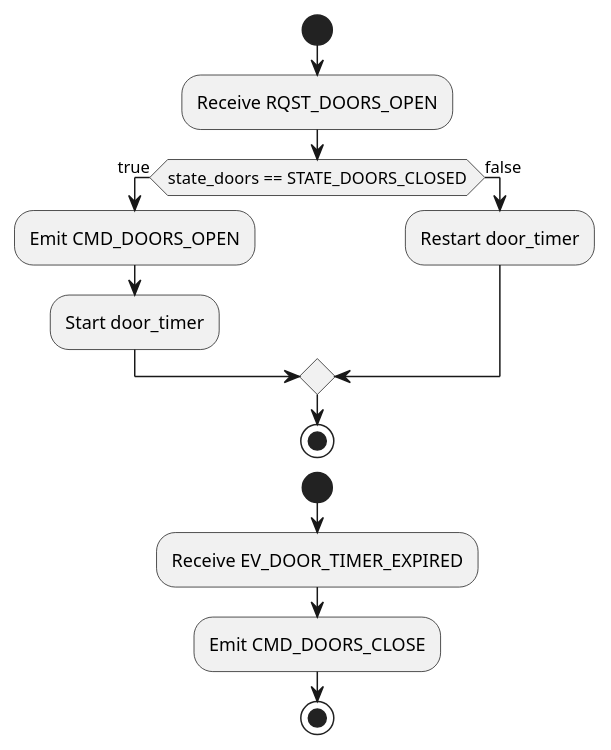
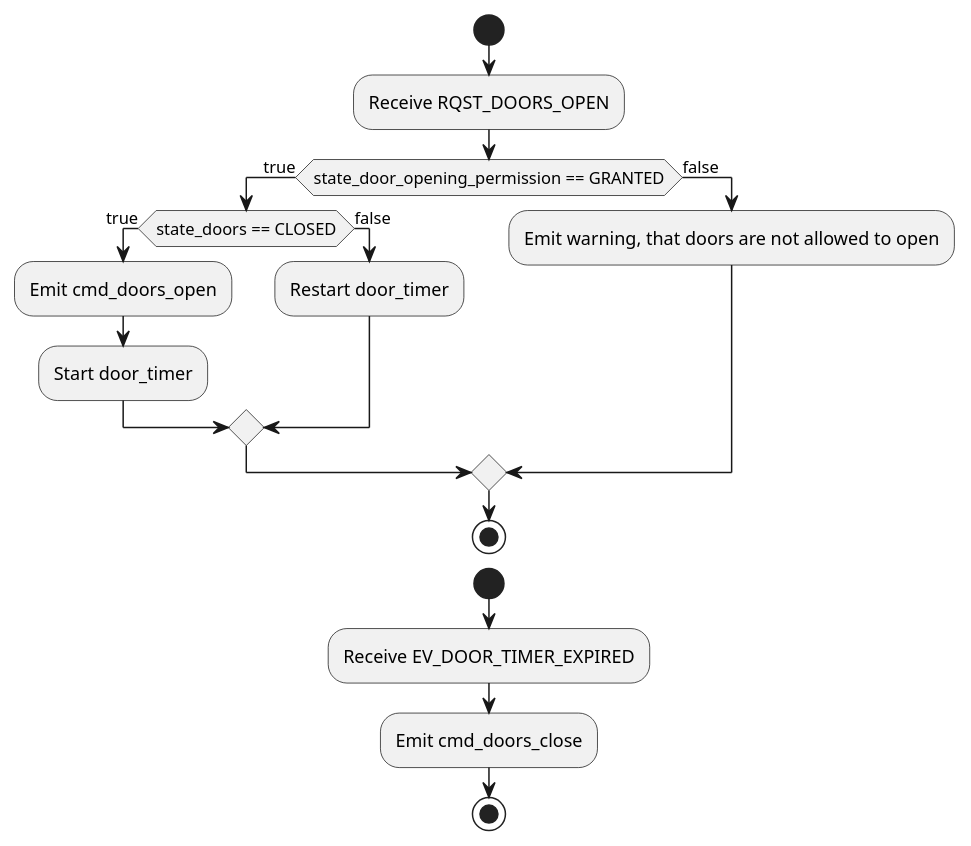
Before and after one commit to paetzholdt/CANRepo: the diagram in docs/models/activity_diagrams/node-door-controller/door_supervisor_activity.puml, drawn with PlantUML. The commit also changed 7 other files, not shown here.

```diff
--- a/docs/models/activity_diagrams/node-door-controller/door_supervisor_activity.puml
+++ b/docs/models/activity_diagrams/node-door-controller/door_supervisor_activity.puml
@@ -1,26 +1,39 @@
 @startuml door_supervisor_activity
 
 start
 
 :Receive RQST_DOORS_OPEN;
 
-if (state_doors == STATE_DOORS_CLOSED) then (true)
-    :Emit CMD_DOORS_OPEN;
-    :Start door_timer;
+if (state_door_opening_permission == GRANTED) then (true)
+    if (state_doors == CLOSED) then (true)
+        :Emit cmd_doors_open;
+        :Start door_timer;
+
+    else (false)
+        :Restart door_timer;
+
+    endif
 
 else (false)
-    :Restart door_timer;
+    :Emit warning, that doors are not allowed to open;
+
 
 endif
+
+
+
 
 stop
 
 start
 
 :Receive EV_DOOR_TIMER_EXPIRED;
 
-:Emit CMD_DOORS_CLOSE;
+'Note: there would be checks, if e.g. the light barriers are free and working,
+' but since this is not the point of this project, it is omitted due to the complexity of the implementation
+
+:Emit cmd_doors_close;
 
 stop
 
 @enduml
```
